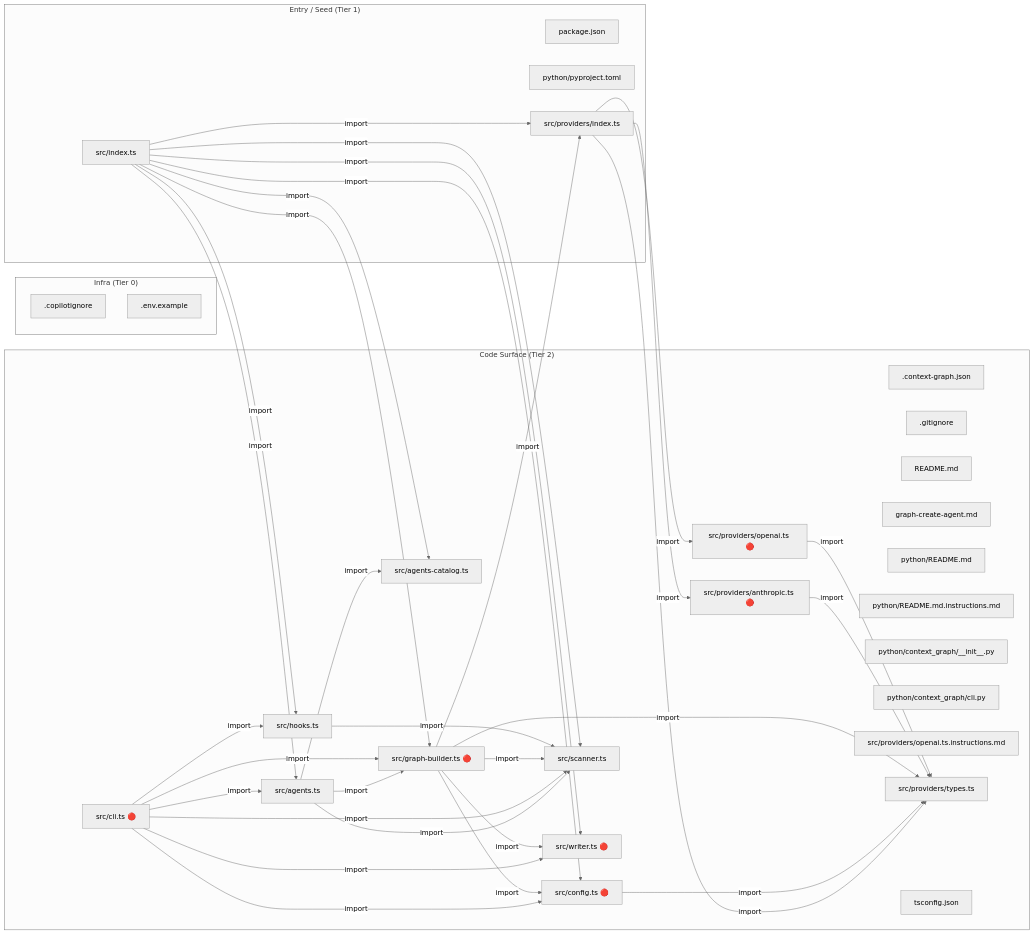
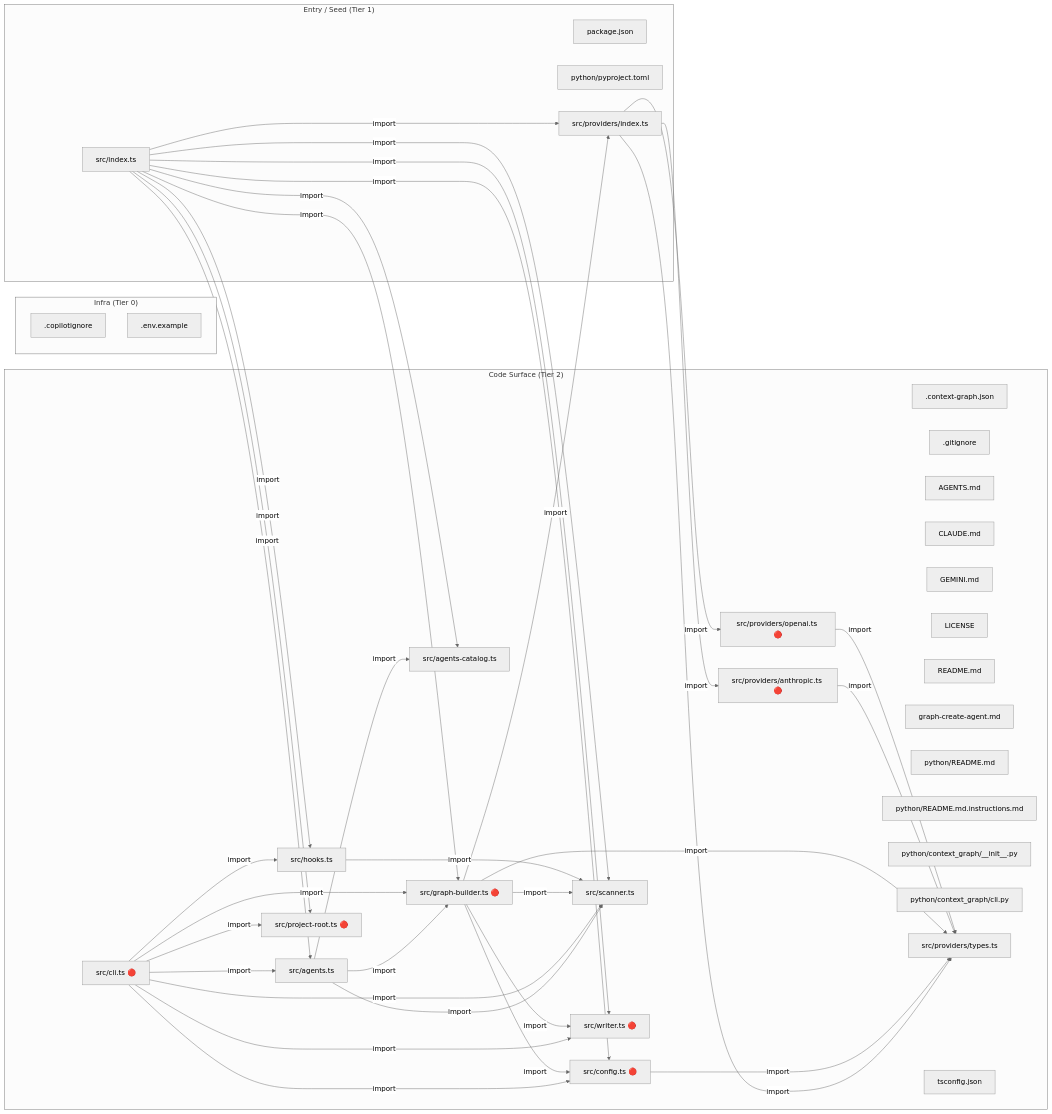
One commit to hellhellpnick/context-graph changed the diagram in .github/copilot-instructions.md. Above: the diagram before and after it, drawn with Mermaid (neutral theme). The commit also changed other lines of this file and 37 other files, not shown here.

Commit message:
rebuild graph system from --no-llm

````diff
--- a/.github/copilot-instructions.md
+++ b/.github/copilot-instructions.md
@@ -72,65 +87,71 @@
 ```mermaid
 graph LR
   subgraph n_Infra__Tier_0_["Infra (Tier 0)"]
     n__copilotignore[".copilotignore"]
     n__env_example[".env.example"]
   end
   subgraph n_Entry___Seed__Tier_1_["Entry / Seed (Tier 1)"]
     n_package_json["package.json"]
     n_python_pyproject_toml["python/pyproject.toml"]
     n_src_index_ts["src/index.ts"]
     n_src_providers_index_ts["src/providers/index.ts"]
   end
   subgraph n_Code_Surface__Tier_2_["Code Surface (Tier 2)"]
     n__context_graph_json[".context-graph.json"]
     n__gitignore[".gitignore"]
+    n_AGENTS_md["AGENTS.md"]
+    n_CLAUDE_md["CLAUDE.md"]
+    n_GEMINI_md["GEMINI.md"]
+    n_LICENSE["LICENSE"]
     n_README_md["README.md"]
     n_graph_create_agent_md["graph-create-agent.md"]
     n_python_README_md["python/README.md"]
     n_python_README_md_instructions_md["python/README.md.instructions.md"]
     n_python_context_graph___init___py["python/context_graph/__init__.py"]
     n_python_context_graph_cli_py["python/context_graph/cli.py"]
     n_src_agents_catalog_ts["src/agents-catalog.ts"]
     n_src_agents_ts["src/agents.ts"]
     n_src_cli_ts["src/cli.ts 🔴"]
     n_src_config_ts["src/config.ts 🔴"]
     n_src_graph_builder_ts["src/graph-builder.ts 🔴"]
     n_src_hooks_ts["src/hooks.ts"]
+    n_src_project_root_ts["src/project-root.ts 🔴"]
     n_src_providers_anthropic_ts["src/providers/anthropic.ts 🔴"]
     n_src_providers_openai_ts["src/providers/openai.ts 🔴"]
-    n_src_providers_openai_ts_instructions_md["src/providers/openai.ts.instructions.md"]
     n_src_providers_types_ts["src/providers/types.ts"]
     n_src_scanner_ts["src/scanner.ts"]
     n_src_writer_ts["src/writer.ts 🔴"]
     n_tsconfig_json["tsconfig.json"]
   end
   n_src_index_ts -->|"import"| n_src_config_ts
   n_src_index_ts -->|"import"| n_src_scanner_ts
+  n_src_index_ts -->|"import"| n_src_project_root_ts
   n_src_index_ts -->|"import"| n_src_graph_builder_ts
   n_src_index_ts -->|"import"| n_src_writer_ts
   n_src_index_ts -->|"import"| n_src_hooks_ts
   n_src_index_ts -->|"import"| n_src_providers_index_ts
   n_src_index_ts -->|"import"| n_src_agents_ts
   n_src_index_ts -->|"import"| n_src_agents_catalog_ts
   n_src_providers_index_ts -->|"import"| n_src_providers_types_ts
   n_src_providers_index_ts -->|"import"| n_src_providers_openai_ts
   n_src_providers_index_ts -->|"import"| n_src_providers_anthropic_ts
   n_src_agents_ts -->|"import"| n_src_scanner_ts
   n_src_agents_ts -->|"import"| n_src_graph_builder_ts
   n_src_agents_ts -->|"import"| n_src_agents_catalog_ts
   n_src_cli_ts -->|"import"| n_src_config_ts
   n_src_cli_ts -->|"import"| n_src_scanner_ts
   n_src_cli_ts -->|"import"| n_src_graph_builder_ts
+  n_src_cli_ts -->|"import"| n_src_project_root_ts
   n_src_cli_ts -->|"import"| n_src_writer_ts
   n_src_cli_ts -->|"import"| n_src_hooks_ts
   n_src_cli_ts -->|"import"| n_src_agents_ts
   n_src_config_ts -->|"import"| n_src_providers_types_ts
   n_src_graph_builder_ts -->|"import"| n_src_config_ts
   n_src_graph_builder_ts -->|"import"| n_src_providers_index_ts
   n_src_graph_builder_ts -->|"import"| n_src_providers_types_ts
   n_src_graph_builder_ts -->|"import"| n_src_scanner_ts
   n_src_graph_builder_ts -->|"import"| n_src_writer_ts
   n_src_hooks_ts -->|"import"| n_src_scanner_ts
   n_src_providers_anthropic_ts -->|"import"| n_src_providers_types_ts
   n_src_providers_openai_ts -->|"import"| n_src_providers_types_ts
 ```
````
